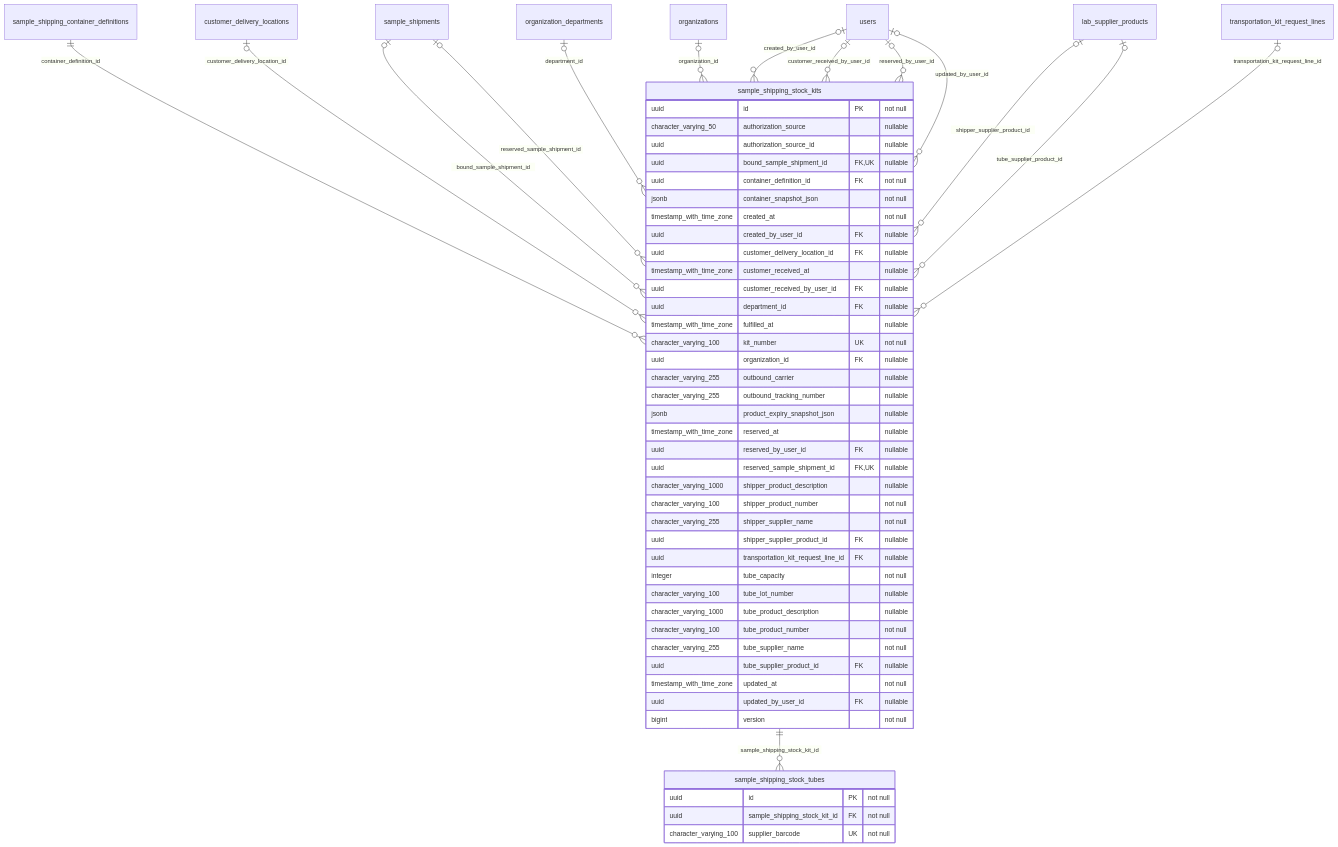
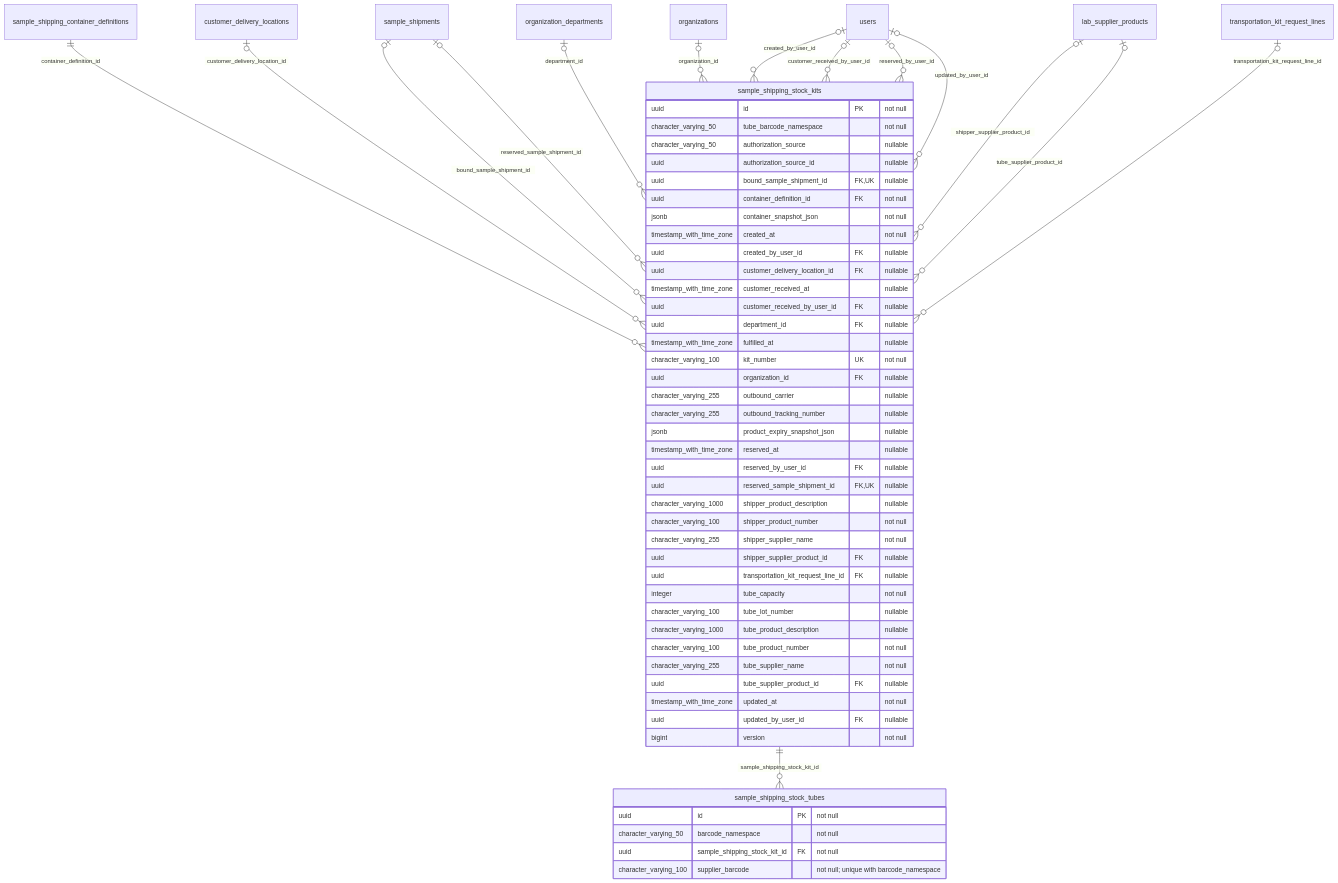
One commit to behaack/phaeno-ops-mgmt-system changed diagram 14 of 32 in docs/database-erd.md. Above: the diagram before and after it, drawn with Mermaid. The commit also changed other lines of this file and 78 other files, not shown here.

````diff
--- a/docs/database-erd.md
+++ b/docs/database-erd.md
@@ -1885,59 +1885,61 @@
 ```mermaid
 erDiagram
     sample_shipping_stock_kits {
         uuid id PK "not null"
+        character_varying_50 tube_barcode_namespace "not null"
         character_varying_50 authorization_source "nullable"
         uuid authorization_source_id "nullable"
         uuid bound_sample_shipment_id FK,UK "nullable"
         uuid container_definition_id FK "not null"
         jsonb container_snapshot_json "not null"
         timestamp_with_time_zone created_at "not null"
         uuid created_by_user_id FK "nullable"
         uuid customer_delivery_location_id FK "nullable"
         timestamp_with_time_zone customer_received_at "nullable"
         uuid customer_received_by_user_id FK "nullable"
         uuid department_id FK "nullable"
         timestamp_with_time_zone fulfilled_at "nullable"
         character_varying_100 kit_number UK "not null"
         uuid organization_id FK "nullable"
         character_varying_255 outbound_carrier "nullable"
         character_varying_255 outbound_tracking_number "nullable"
         jsonb product_expiry_snapshot_json "nullable"
         timestamp_with_time_zone reserved_at "nullable"
         uuid reserved_by_user_id FK "nullable"
         uuid reserved_sample_shipment_id FK,UK "nullable"
         character_varying_1000 shipper_product_description "nullable"
         character_varying_100 shipper_product_number "not null"
         character_varying_255 shipper_supplier_name "not null"
         uuid shipper_supplier_product_id FK "nullable"
         uuid transportation_kit_request_line_id FK "nullable"
         integer tube_capacity "not null"
         character_varying_100 tube_lot_number "nullable"
         character_varying_1000 tube_product_description "nullable"
         character_varying_100 tube_product_number "not null"
         character_varying_255 tube_supplier_name "not null"
         uuid tube_supplier_product_id FK "nullable"
         timestamp_with_time_zone updated_at "not null"
         uuid updated_by_user_id FK "nullable"
         bigint version "not null"
     }
     sample_shipping_stock_tubes {
         uuid id PK "not null"
+        character_varying_50 barcode_namespace "not null"
         uuid sample_shipping_stock_kit_id FK "not null"
-        character_varying_100 supplier_barcode UK "not null"
+        character_varying_100 supplier_barcode "not null; unique with barcode_namespace"
     }
     sample_shipments o|--o{ sample_shipping_stock_kits : "bound_sample_shipment_id"
     sample_shipping_container_definitions ||--o{ sample_shipping_stock_kits : "container_definition_id"
     users o|--o{ sample_shipping_stock_kits : "created_by_user_id"
     customer_delivery_locations o|--o{ sample_shipping_stock_kits : "customer_delivery_location_id"
     users o|--o{ sample_shipping_stock_kits : "customer_received_by_user_id"
     organization_departments o|--o{ sample_shipping_stock_kits : "department_id"
     organizations o|--o{ sample_shipping_stock_kits : "organization_id"
     users o|--o{ sample_shipping_stock_kits : "reserved_by_user_id"
     sample_shipments o|--o{ sample_shipping_stock_kits : "reserved_sample_shipment_id"
     lab_supplier_products o|--o{ sample_shipping_stock_kits : "shipper_supplier_product_id"
     transportation_kit_request_lines o|--o{ sample_shipping_stock_kits : "transportation_kit_request_line_id"
     lab_supplier_products o|--o{ sample_shipping_stock_kits : "tube_supplier_product_id"
     users o|--o{ sample_shipping_stock_kits : "updated_by_user_id"
     sample_shipping_stock_kits ||--o{ sample_shipping_stock_tubes : "sample_shipping_stock_kit_id"
 ```
````
